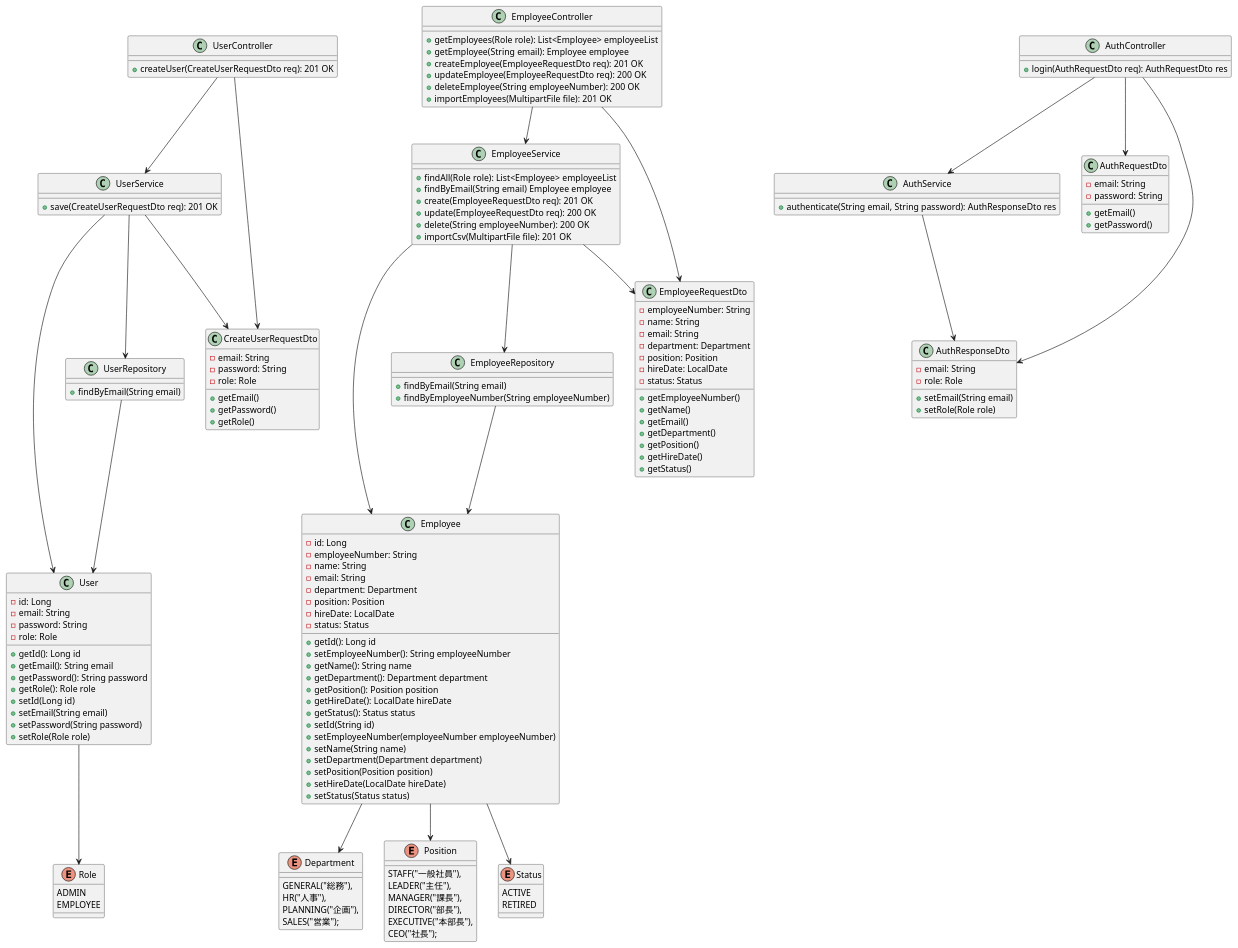
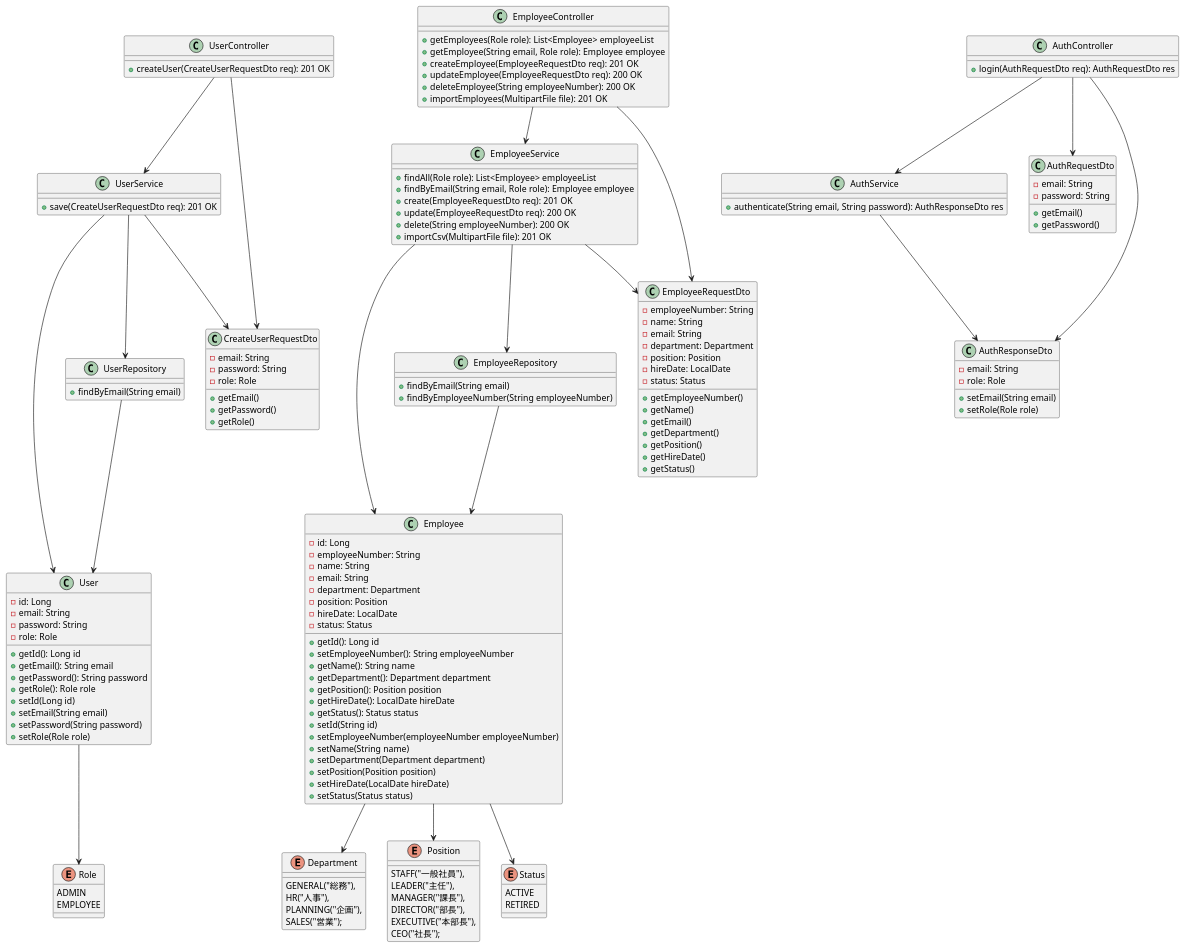
One commit to tettamasuyama/group-assignment changed the diagram in uml/code/class.puml. Above: the diagram before and after it, drawn with PlantUML.

Commit message:
fix: employeeControllerの引数にRoleを追加

```diff
--- a/uml/code/class.puml
+++ b/uml/code/class.puml
@@ -147,7 +147,7 @@
 
 class EmployeeController {
   + getEmployees(Role role): List<Employee> employeeList
-  + getEmployee(String email): Employee employee
+  + getEmployee(String email, Role role): Employee employee
   + createEmployee(EmployeeRequestDto req): 201 OK
   + updateEmployee(EmployeeRequestDto req): 200 OK 
   + deleteEmployee(String employeeNumber): 200 OK
@@ -156,7 +156,7 @@
 
 class EmployeeService {
   + findAll(Role role): List<Employee> employeeList
-  + findByEmail(String email) Employee employee
+  + findByEmail(String email, Role role): Employee employee
   + create(EmployeeRequestDto req): 201 OK
   + update(EmployeeRequestDto req): 200 OK
   + delete(String employeeNumber): 200 OK
```
